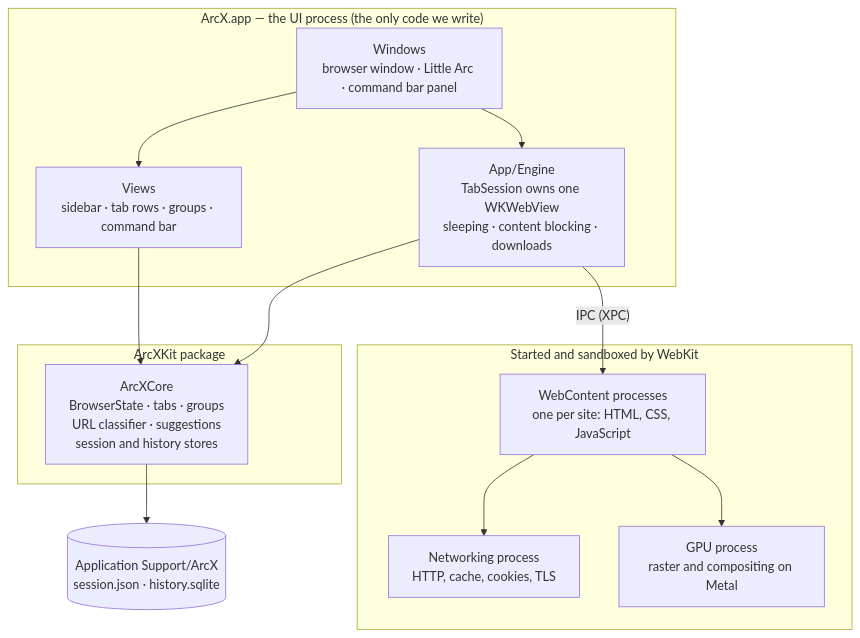
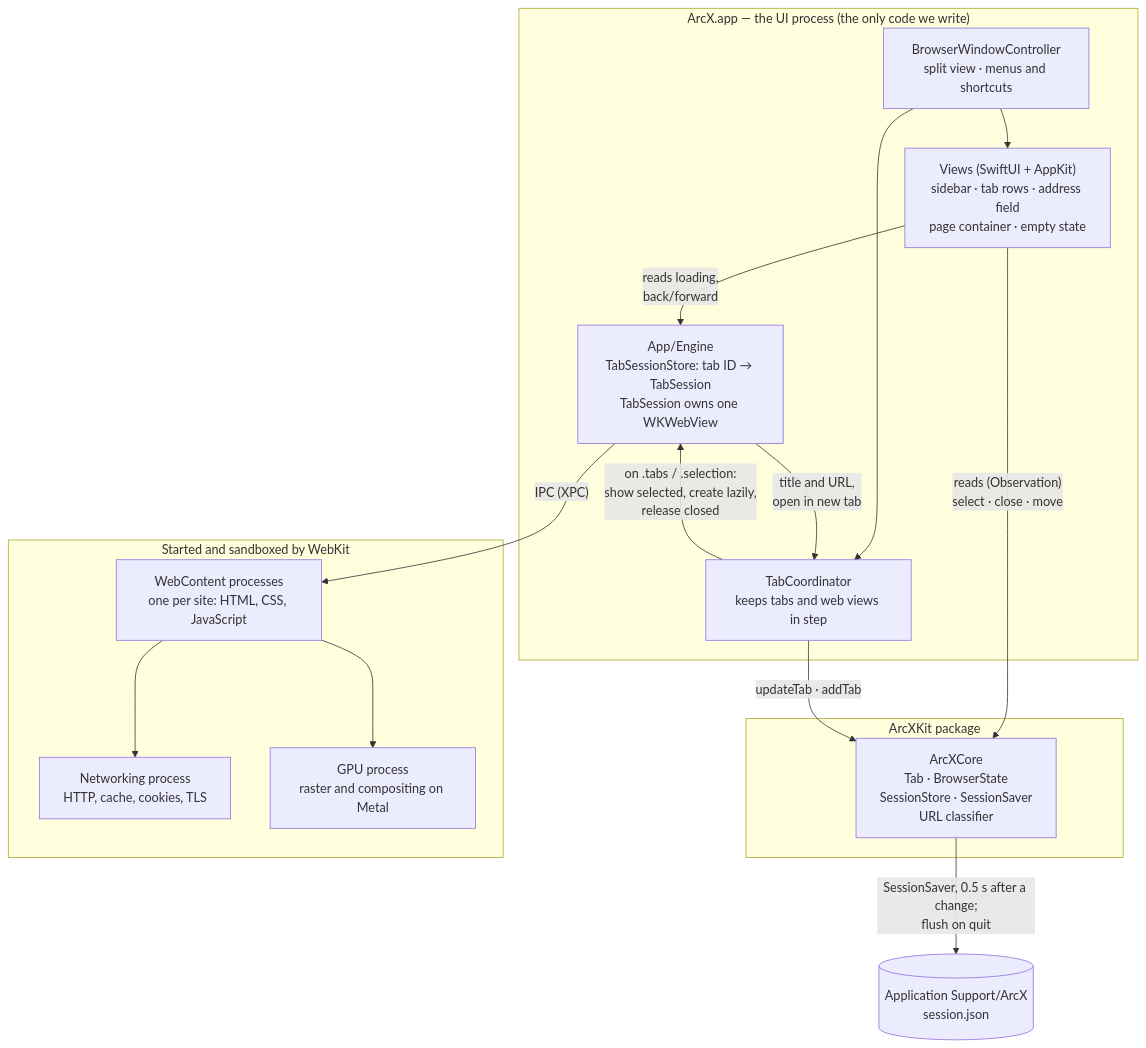
One commit to andrewv426/ArcX changed the diagram in docs/architecture.md. Above: the diagram before and after it, drawn with Mermaid. The commit also changed other lines of this file and 1 other file, not shown here.

First line of the commit message:
docs: describe tabs, the sidebar and session restore

````diff
--- a/docs/architecture.md
+++ b/docs/architecture.md
@@ -7,29 +7,33 @@
 ```mermaid
 flowchart TB
     subgraph app["ArcX.app — the UI process (the only code we write)"]
-        windows["Windows<br/>browser window · Little Arc · command bar panel"]
-        ui["Views<br/>sidebar · tab rows · groups · command bar"]
-        engine["App/Engine<br/>TabSession owns one WKWebView<br/>sleeping · content blocking · downloads"]
+        windows["BrowserWindowController<br/>split view · menus and shortcuts"]
+        ui["Views (SwiftUI + AppKit)<br/>sidebar · tab rows · address field<br/>page container · empty state"]
+        coord["TabCoordinator<br/>keeps tabs and web views in step"]
+        engine["App/Engine<br/>TabSessionStore: tab ID → TabSession<br/>TabSession owns one WKWebView"]
     end
 
     subgraph kit["ArcXKit package"]
-        core["ArcXCore<br/>BrowserState · tabs · groups<br/>URL classifier · suggestions<br/>session and history stores"]
+        core["ArcXCore<br/>Tab · BrowserState<br/>SessionStore · SessionSaver<br/>URL classifier"]
     end
 
     subgraph webkit["Started and sandboxed by WebKit"]
         content["WebContent processes<br/>one per site: HTML, CSS, JavaScript"]
         net["Networking process<br/>HTTP, cache, cookies, TLS"]
         gpu["GPU process<br/>raster and compositing on Metal"]
     end
 
-    files[("Application Support/ArcX<br/>session.json · history.sqlite")]
+    files[("Application Support/ArcX<br/>session.json")]
 
     windows --> ui
-    ui --> core
-    windows --> engine
-    engine --> core
+    windows --> coord
+    ui -- "reads (Observation)<br/>select · close · move" --> core
+    ui -- "reads loading,<br/>back/forward" --> engine
+    coord -- "on .tabs / .selection:<br/>show selected, create lazily,<br/>release closed" --> engine
+    engine -- "title and URL,<br/>open in new tab" --> coord
+    coord -- "updateTab · addTab" --> core
     engine -- "IPC (XPC)" --> content
     content --> net
     content --> gpu
-    core --> files
+    core -- "SessionSaver, 0.5 s after a change;<br/>flush on quit" --> files
 ```
````
